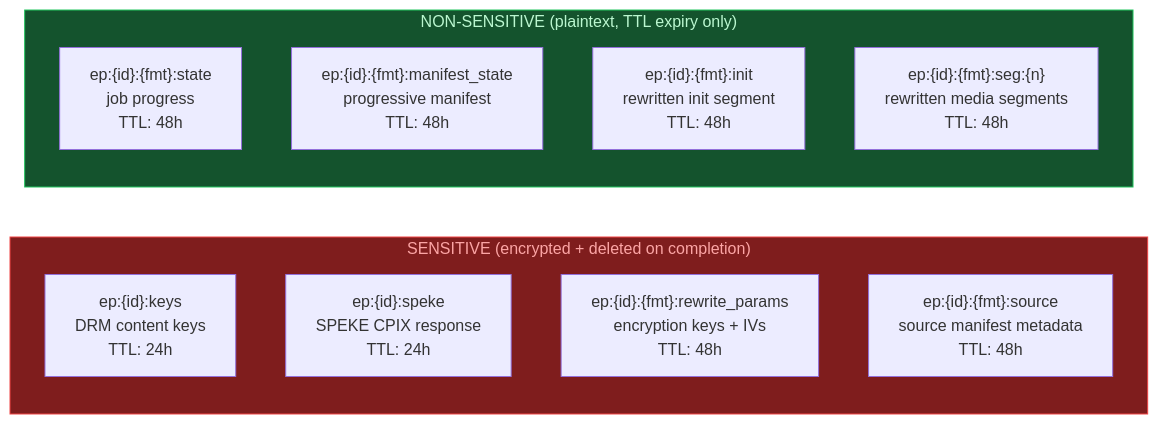
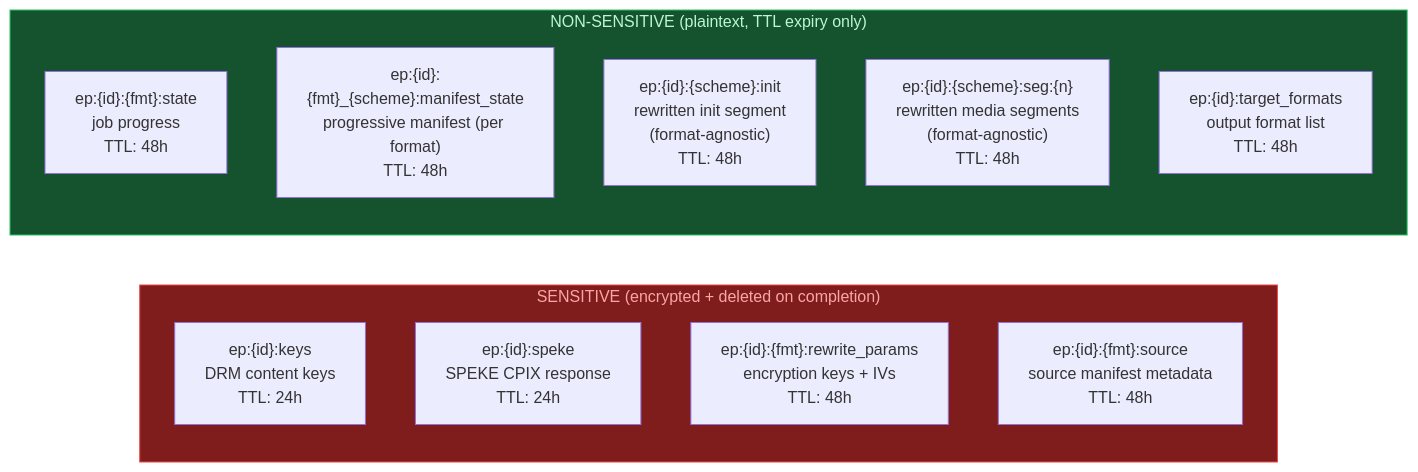
Before and after one commit to adrums86/edgepack: the seventh of 11 diagrams in docs/architecture.md, drawn with Mermaid. The commit also changed other lines of this file and 15 other files, not shown here.

````diff
--- a/docs/architecture.md
+++ b/docs/architecture.md
@@ -315,18 +315,19 @@
 ```mermaid
 graph LR
     subgraph Sensitive["SENSITIVE (encrypted + deleted on completion)"]
         style Sensitive fill:#7F1D1D,stroke:#EF4444,color:#FCA5A5
         K1["ep:{id}:keys<br/>DRM content keys<br/>TTL: 24h"]
         K2["ep:{id}:speke<br/>SPEKE CPIX response<br/>TTL: 24h"]
         K3["ep:{id}:{fmt}:rewrite_params<br/>encryption keys + IVs<br/>TTL: 48h"]
         K4["ep:{id}:{fmt}:source<br/>source manifest metadata<br/>TTL: 48h"]
     end
 
     subgraph NonSensitive["NON-SENSITIVE (plaintext, TTL expiry only)"]
         style NonSensitive fill:#14532D,stroke:#22C55E,color:#BBF7D0
         K5["ep:{id}:{fmt}:state<br/>job progress<br/>TTL: 48h"]
-        K6["ep:{id}:{fmt}:manifest_state<br/>progressive manifest<br/>TTL: 48h"]
-        K7["ep:{id}:{fmt}:init<br/>rewritten init segment<br/>TTL: 48h"]
-        K8["ep:{id}:{fmt}:seg:{n}<br/>rewritten media segments<br/>TTL: 48h"]
+        K6["ep:{id}:{fmt}_{scheme}:manifest_state<br/>progressive manifest (per format)<br/>TTL: 48h"]
+        K7["ep:{id}:{scheme}:init<br/>rewritten init segment<br/>(format-agnostic)<br/>TTL: 48h"]
+        K8["ep:{id}:{scheme}:seg:{n}<br/>rewritten media segments<br/>(format-agnostic)<br/>TTL: 48h"]
+        K9["ep:{id}:target_formats<br/>output format list<br/>TTL: 48h"]
     end
 ```
````
